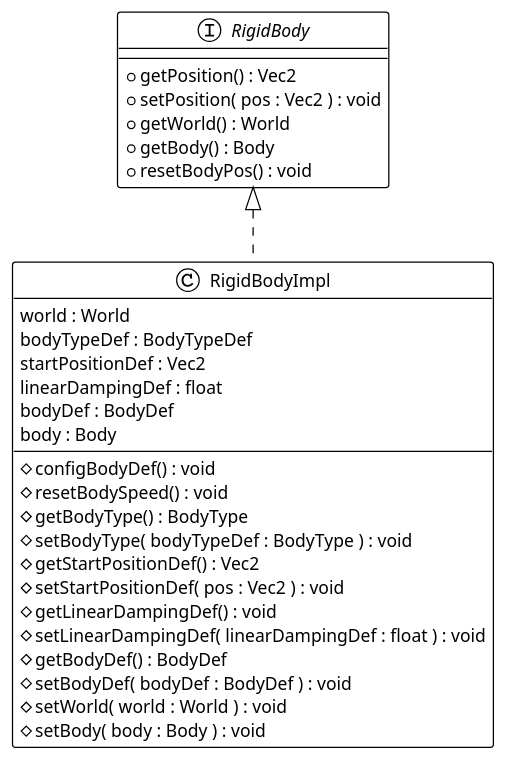
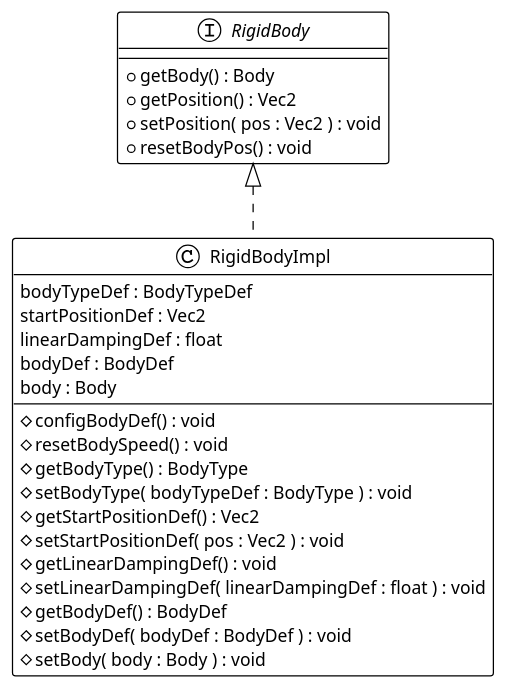
Before and after one commit to Borgotto/OOP21-air-hockey: the third of 6 diagrams in UML/PlantUML-code/PhysicsUML.plantuml, drawn with PlantUML. The commit also changed other lines of this file, not shown here.

Commit message:
Update Physics UML

```diff
--- a/UML/PlantUML-code/PhysicsUML.plantuml
+++ b/UML/PlantUML-code/PhysicsUML.plantuml
@@ -58,36 +56,33 @@
 @startuml RigidBody-implement
 !theme plain
 
 interface RigidBody{
+    + getBody() : Body
     + getPosition() : Vec2
     + setPosition( pos : Vec2 ) : void
-    + getWorld() : World
-    + getBody() : Body
     + resetBodyPos() : void
 }
 
 abstract class RigidBodyImpl{
-    world : World
     bodyTypeDef : BodyTypeDef
     startPositionDef : Vec2
     linearDampingDef : float
     bodyDef : BodyDef
     body : Body
 
     # configBodyDef() : void
     # resetBodySpeed() : void
     # getBodyType() : BodyType
     # setBodyType( bodyTypeDef : BodyType ) : void
     # getStartPositionDef() : Vec2
     # setStartPositionDef( pos : Vec2 ) : void
     # getLinearDampingDef() : void
     # setLinearDampingDef( linearDampingDef : float ) : void
     # getBodyDef() : BodyDef
     # setBodyDef( bodyDef : BodyDef ) : void
-    # setWorld( world : World ) : void
     # setBody( body : Body ) : void
 }
 
 class RigidBodyImpl implements RigidBody
 
 @enduml
```
